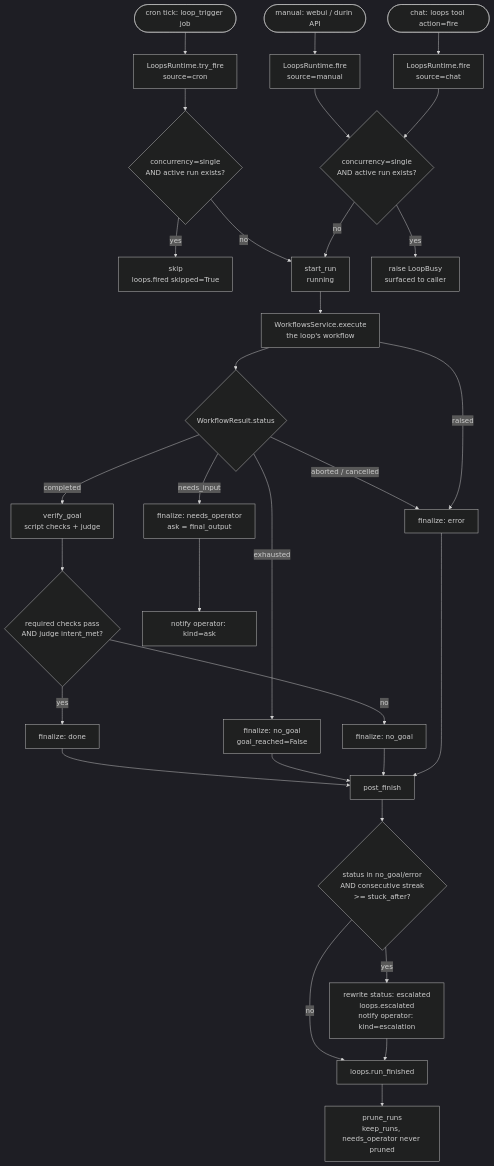
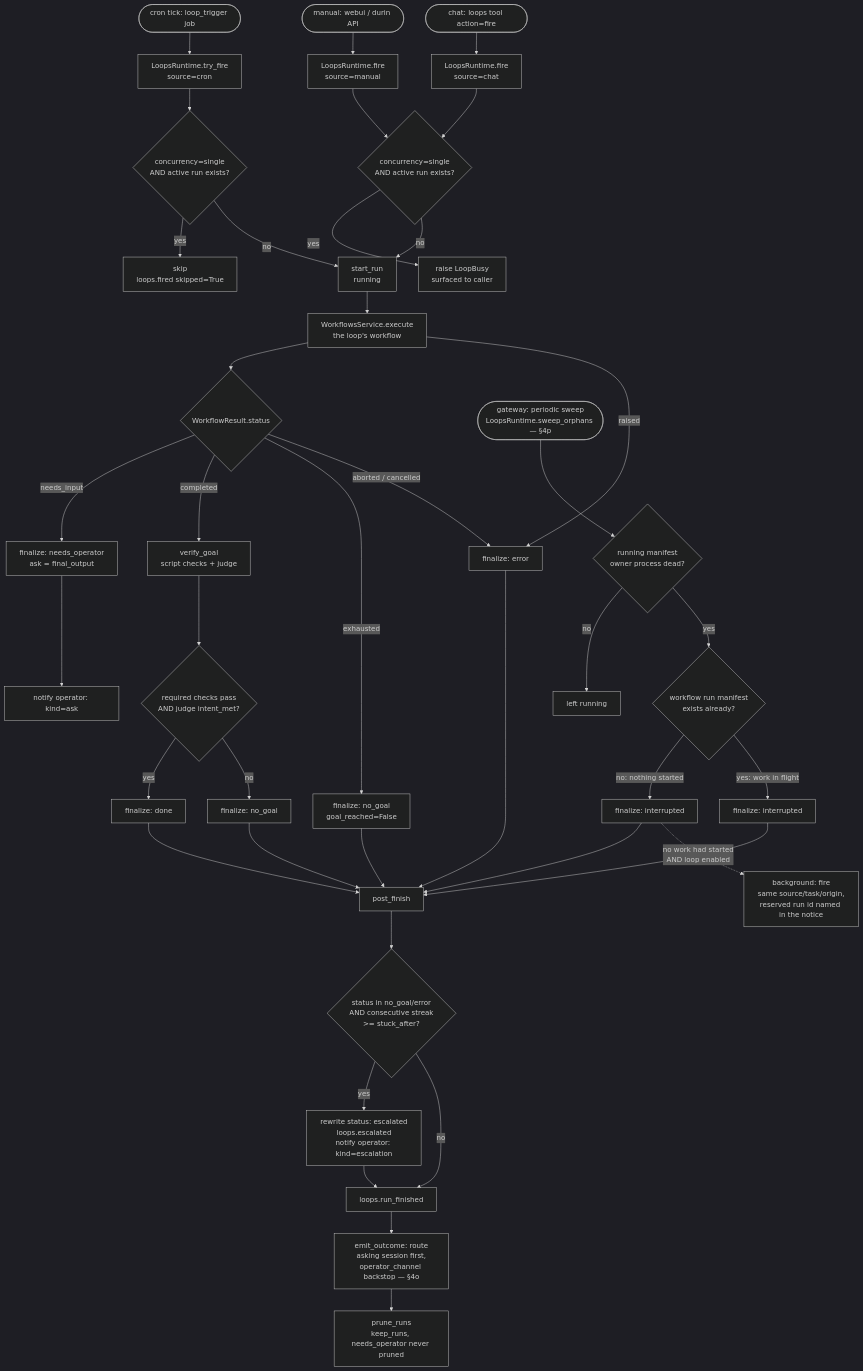
The diagram in docs/internals/loops.md (mmarmol/durin), drawn with Mermaid (dark theme) before and after one commit. The commit also changed other lines of this file and 34 other files, not shown here.

First line of the commit message:
feat(loops): deliver an outcome for every terminal run (#493)

````diff
--- a/docs/internals/loops.md
+++ b/docs/internals/loops.md
@@ -56,38 +66,48 @@
 ```mermaid
 flowchart TD
     T1([cron tick: loop_trigger job]) --> TRY[LoopsRuntime.try_fire\nsource=cron]
     T2([manual: webui / durin API]) --> FIRE[LoopsRuntime.fire\nsource=manual]
     T3([chat: loops tool action=fire]) --> FIRE2[LoopsRuntime.fire\nsource=chat]
 
     TRY --> CONC{concurrency=single\nAND active run exists?}
     CONC -->|yes| SKIP[skip\nloops.fired skipped=True]
     CONC -->|no| RUN[start_run\nrunning]
     FIRE --> CONC2{concurrency=single\nAND active run exists?}
     CONC2 -->|yes| BUSY[raise LoopBusy\nsurfaced to caller]
     CONC2 -->|no| RUN
     FIRE2 --> CONC2
     RUN --> EXEC[WorkflowsService.execute\nthe loop's workflow]
     EXEC --> RESULT{WorkflowResult.status}
 
     RESULT -->|needs_input| ASK[finalize: needs_operator\nask = final_output]
     RESULT -->|completed| VERIFY[verify_goal\nscript checks + judge]
     RESULT -->|exhausted| NOGOAL1[finalize: no_goal\ngoal_reached=False]
     RESULT -->|aborted / cancelled| ERR[finalize: error]
     EXEC -->|raised| ERR
 
     VERIFY --> REACHED{required checks pass\nAND judge intent_met?}
     REACHED -->|yes| DONE[finalize: done]
     REACHED -->|no| NOGOAL2[finalize: no_goal]
 
     ASK --> NOTIFY1[notify operator: kind=ask]
     DONE --> POST[post_finish]
     NOGOAL1 --> POST
     NOGOAL2 --> POST
     ERR --> POST
 
     POST --> STREAK{status in no_goal/error\nAND consecutive streak\n>= stuck_after?}
     STREAK -->|yes| ESC[rewrite status: escalated\nloops.escalated\nnotify operator: kind=escalation]
     STREAK -->|no| TELEM[loops.run_finished]
     ESC --> TELEM
-    TELEM --> PRUNE[prune_runs\nkeep_runs, needs_operator never pruned]
+    TELEM --> OUTCOME[emit_outcome: route\nasking session first,\noperator_channel backstop — §4o]
+    OUTCOME --> PRUNE[prune_runs\nkeep_runs, needs_operator never pruned]
+
+    ORPHAN([gateway: periodic sweep\nLoopsRuntime.sweep_orphans — §4p]) --> DEAD{running manifest\nowner process dead?}
+    DEAD -->|no| LIVE[left running]
+    DEAD -->|yes| WORK{workflow run manifest\nexists already?}
+    WORK -->|no: nothing started| INT1[finalize: interrupted]
+    WORK -->|yes: work in flight| INT2[finalize: interrupted]
+    INT1 --> POST
+    INT2 --> POST
+    INT1 -.->|no work had started\nAND loop enabled| RELAUNCH[background: fire\nsame source/task/origin,\nreserved run id named in the notice]
 ```
````
